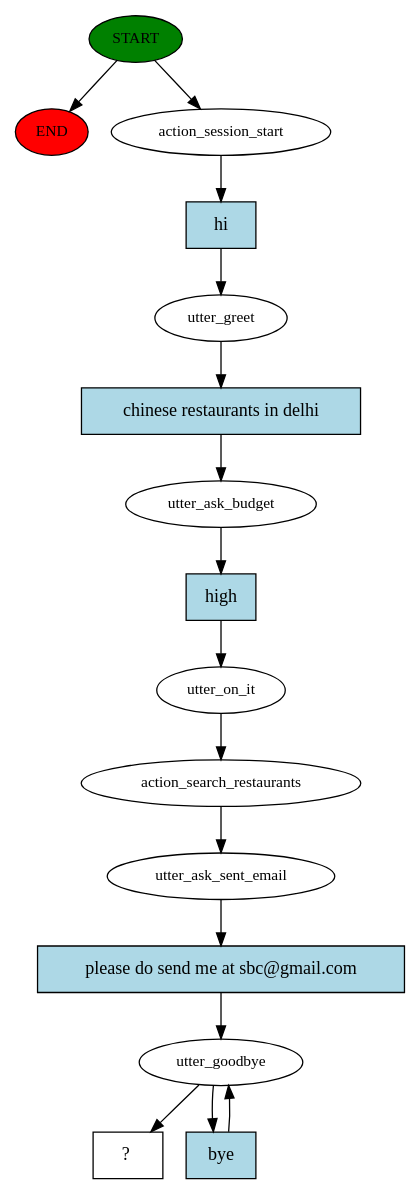
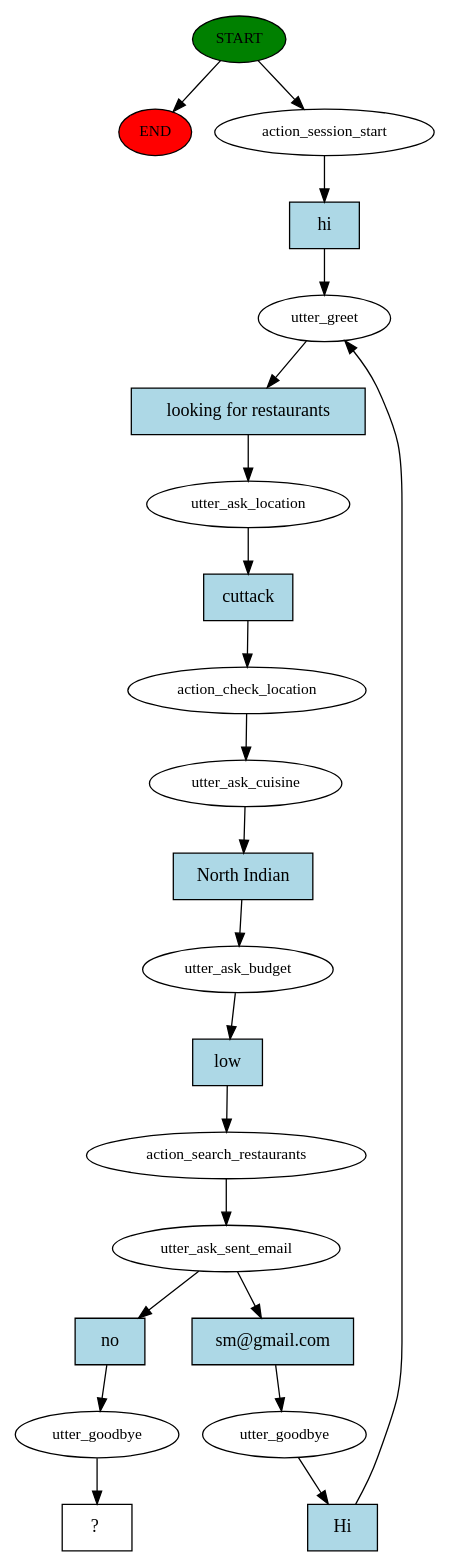
Before and after one commit to sushilbal/nlp_chatbot_zomato: the diagram in story_graph.dot, drawn with Graphviz. The commit also changed 13 other files, not shown here.

```diff
--- a/story_graph.dot
+++ b/story_graph.dot
@@ -1,32 +1,44 @@
 digraph  {
 0 [class="start active", fillcolor=green, fontsize=12, label=START, style=filled];
 "-1" [class=end, fillcolor=red, fontsize=12, label=END, style=filled];
 1 [class=active, fontsize=12, label=action_session_start];
 2 [class=active, fontsize=12, label=utter_greet];
-3 [class=active, fontsize=12, label=utter_ask_budget];
-4 [class=active, fontsize=12, label=utter_on_it];
-5 [class=active, fontsize=12, label=action_search_restaurants];
-6 [class=active, fontsize=12, label=utter_ask_sent_email];
-7 [class=active, fontsize=12, label=utter_goodbye];
-9 [class="intent dashed active", label="  ?  ", shape=rect];
-10 [class="intent active", fillcolor=lightblue, label=hi, shape=rect, style=filled];
-11 [class="intent active", fillcolor=lightblue, label="chinese restaurants in delhi", shape=rect, style=filled];
-12 [class="intent active", fillcolor=lightblue, label=high, shape=rect, style=filled];
-13 [class="intent active", fillcolor=lightblue, label="please do send me at sbc@gmail.com", shape=rect, style=filled];
-14 [class="intent active", fillcolor=lightblue, label=bye, shape=rect, style=filled];
+3 [class=active, fontsize=12, label=utter_ask_location];
+4 [class=active, fontsize=12, label=action_check_location];
+5 [class=active, fontsize=12, label=utter_ask_cuisine];
+6 [class=active, fontsize=12, label=utter_ask_budget];
+7 [class=active, fontsize=12, label=action_search_restaurants];
+8 [class=active, fontsize=12, label=utter_ask_sent_email];
+9 [class=active, fontsize=12, label=utter_goodbye];
+17 [class=active, fontsize=12, label=utter_goodbye];
+18 [class="intent dashed active", label="  ?  ", shape=rect];
+19 [class="intent active", fillcolor=lightblue, label=hi, shape=rect, style=filled];
+20 [class="intent active", fillcolor=lightblue, label="looking for restaurants", shape=rect, style=filled];
+21 [class="intent active", fillcolor=lightblue, label=cuttack, shape=rect, style=filled];
+22 [class="intent active", fillcolor=lightblue, label="North Indian", shape=rect, style=filled];
+23 [class="intent active", fillcolor=lightblue, label=low, shape=rect, style=filled];
+24 [class="intent active", fillcolor=lightblue, label="sm@gmail.com", shape=rect, style=filled];
+25 [class="intent active", fillcolor=lightblue, label=no, shape=rect, style=filled];
+26 [class="intent active", fillcolor=lightblue, label=Hi, shape=rect, style=filled];
 0 -> "-1"  [class="", key=NONE, label=""];
 0 -> 1  [class=active, key=NONE, label=""];
-1 -> 10  [class=active, key=0];
-2 -> 11  [class=active, key=0];
-3 -> 12  [class=active, key=0];
+1 -> 19  [class=active, key=0];
+2 -> 20  [class=active, key=0];
+3 -> 21  [class=active, key=0];
 4 -> 5  [class=active, key=NONE, label=""];
-5 -> 6  [class=active, key=NONE, label=""];
-6 -> 13  [class=active, key=0];
-7 -> 9  [class=active, key=NONE, label=""];
-7 -> 14  [class=active, key=0];
-10 -> 2  [class=active, key=0];
-11 -> 3  [class=active, key=0];
-12 -> 4  [class=active, key=0];
-13 -> 7  [class=active, key=0];
-14 -> 7  [class=active, key=0];
+5 -> 22  [class=active, key=0];
+6 -> 23  [class=active, key=0];
+7 -> 8  [class=active, key=NONE, label=""];
+8 -> 24  [class=active, key=0];
+8 -> 25  [class=active, key=0];
+9 -> 26  [class=active, key=0];
+17 -> 18  [class=active, key=NONE, label=""];
+19 -> 2  [class=active, key=0];
+20 -> 3  [class=active, key=0];
+21 -> 4  [class=active, key=0];
+22 -> 6  [class=active, key=0];
+23 -> 7  [class=active, key=0];
+24 -> 9  [class=active, key=0];
+25 -> 17  [class=active, key=0];
+26 -> 2  [class=active, key=0];
 }
```
